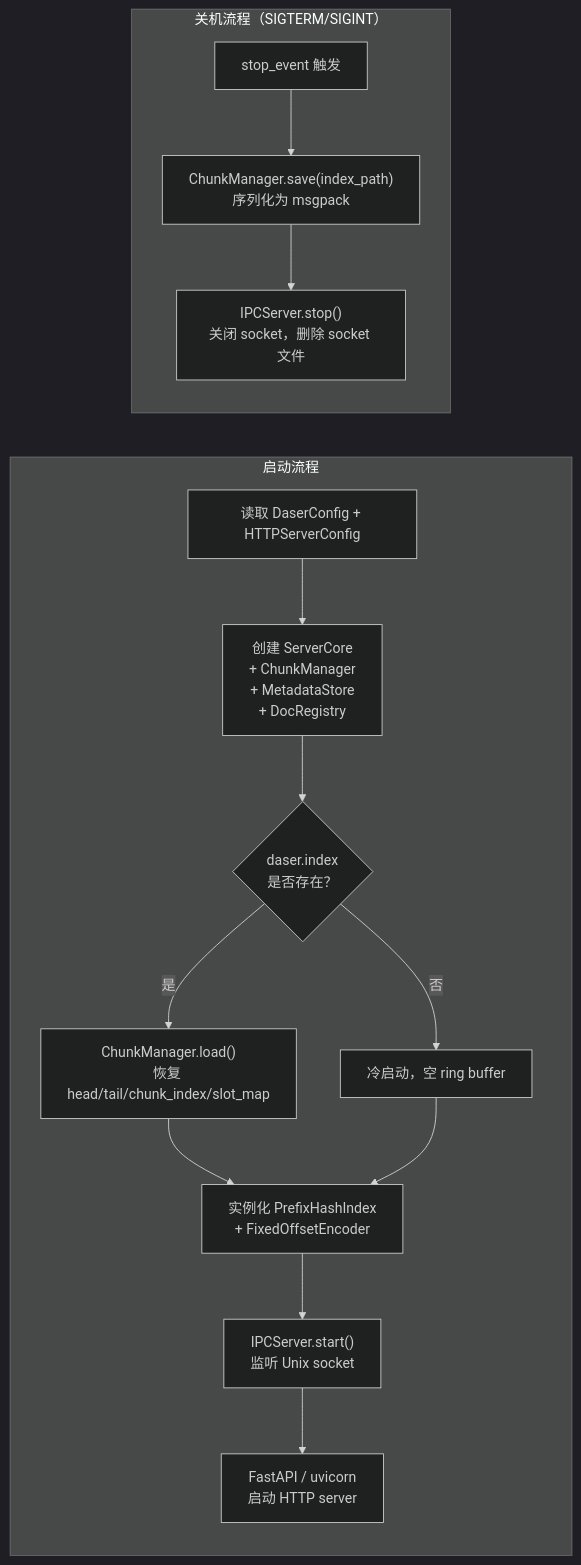
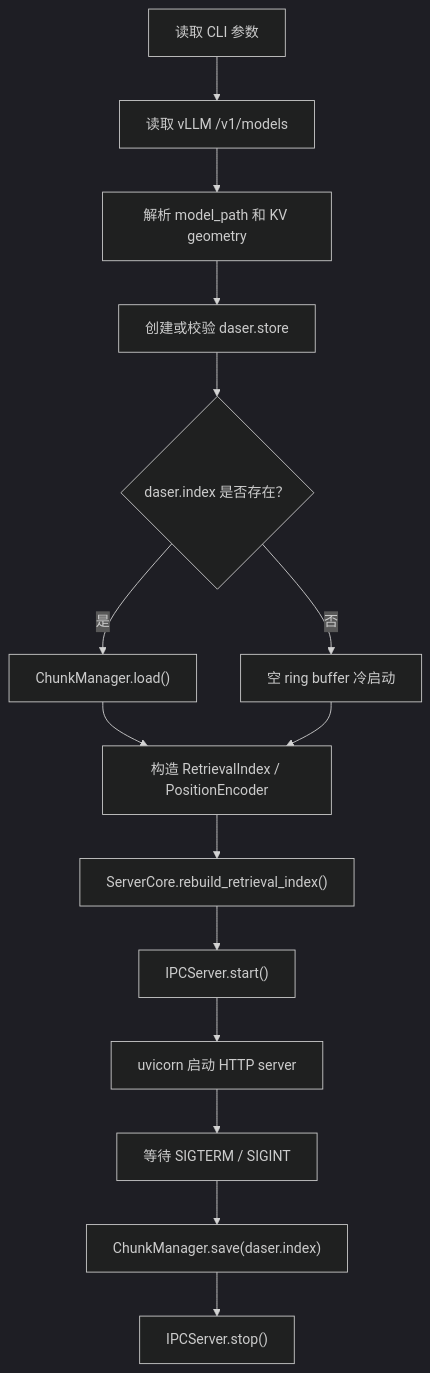
The second of 2 diagrams in docs/design/architecture.md (GentleCold/DaseR), drawn with Mermaid (dark theme) before and after one commit. The commit also changed other lines of this file and 5 other files, not shown here.

````diff
--- a/docs/design/architecture.md
+++ b/docs/design/architecture.md
@@ -93,20 +192,17 @@
 ```mermaid
-flowchart LR
-    subgraph startup["启动流程"]
-        direction TB
-        A["读取 DaserConfig + HTTPServerConfig"] --> B["创建 ServerCore\n+ ChunkManager\n+ MetadataStore\n+ DocRegistry"]
-        B --> C{"daser.index\n是否存在？"}
-        C -- 是 --> D["ChunkManager.load()\n恢复 head/tail/chunk_index/slot_map"]
-        C -- 否 --> E["冷启动，空 ring buffer"]
-        D --> F["实例化 PrefixHashIndex\n+ FixedOffsetEncoder"]
-        E --> F
-        F --> G["IPCServer.start()\n监听 Unix socket"]
-        G --> K["FastAPI / uvicorn\n启动 HTTP server"]
-    end
-
-    subgraph shutdown["关机流程（SIGTERM/SIGINT）"]
-        direction TB
-        H["stop_event 触发"] --> I["ChunkManager.save(index_path)\n序列化为 msgpack"]
-        I --> J["IPCServer.stop()\n关闭 socket，删除 socket 文件"]
-    end
+flowchart TB
+    A["读取 CLI 参数"] --> B["读取 vLLM /v1/models"]
+    B --> C["解析 model_path 和 KV geometry"]
+    C --> D["创建或校验 daser.store"]
+    D --> E{"daser.index 是否存在？"}
+    E -- 是 --> F["ChunkManager.load()"]
+    E -- 否 --> G["空 ring buffer 冷启动"]
+    F --> H["构造 RetrievalIndex / PositionEncoder"]
+    G --> H
+    H --> I["ServerCore.rebuild_retrieval_index()"]
+    I --> J["IPCServer.start()"]
+    J --> K["uvicorn 启动 HTTP server"]
+    K --> L["等待 SIGTERM / SIGINT"]
+    L --> M["ChunkManager.save(daser.index)"]
+    M --> N["IPCServer.stop()"]
 ```
````
